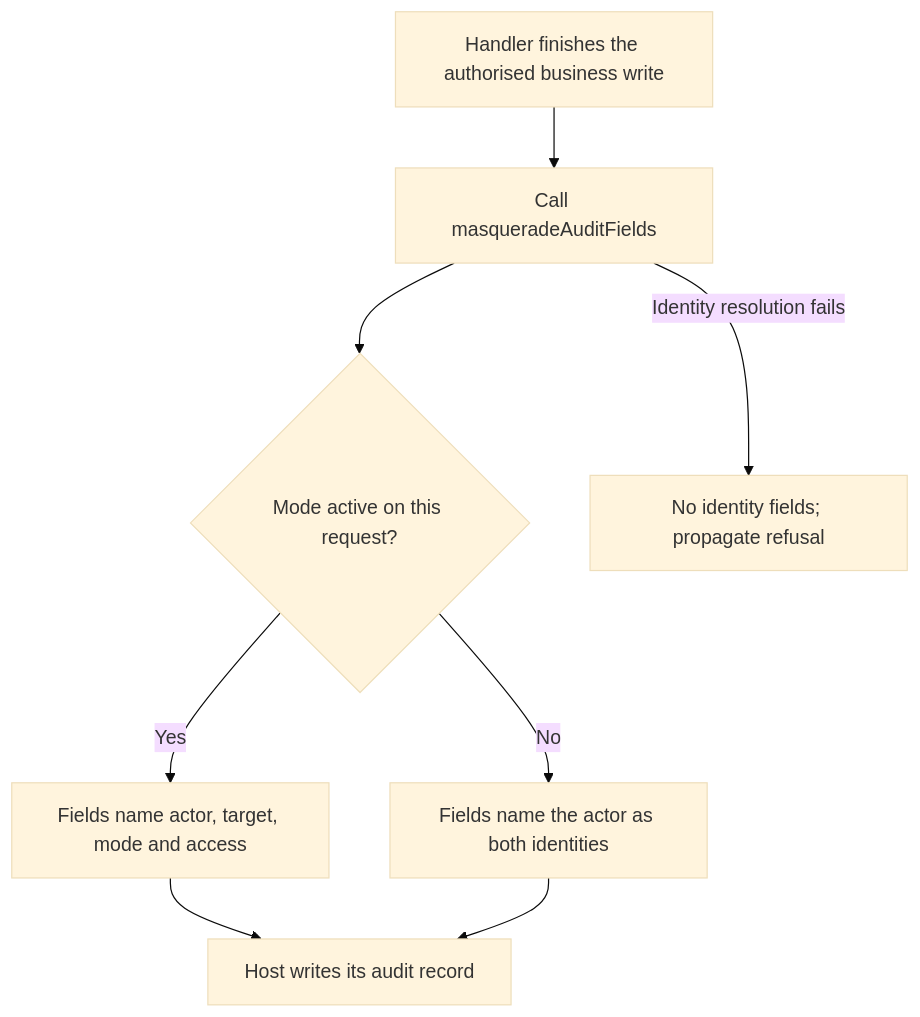
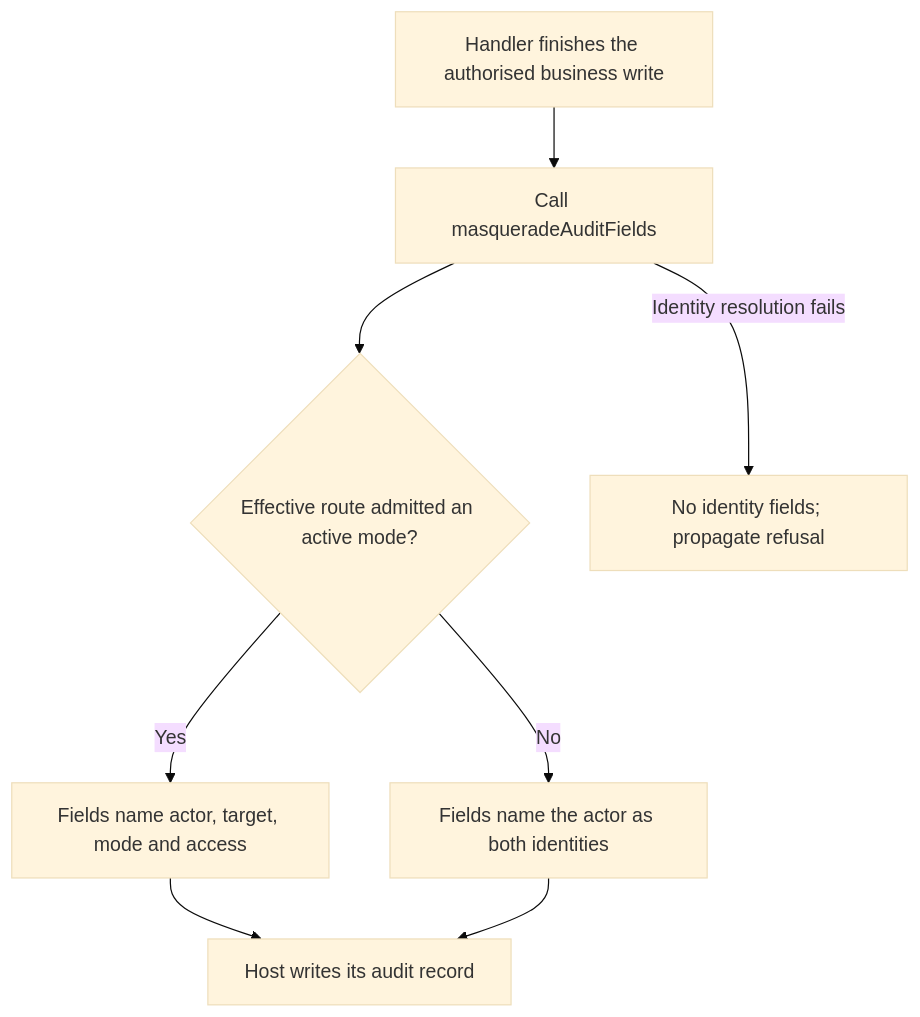
Before and after one commit to Kevinjohn/oss-adonisjs-masquerade: the first of 2 diagrams in user-stories/audit-business-work/us-audit-01-attach-audit-fields.md, drawn with Mermaid (base theme). The commit also changed 14 other files, not shown here.

````diff
--- a/user-stories/audit-business-work/us-audit-01-attach-audit-fields.md
+++ b/user-stories/audit-business-work/us-audit-01-attach-audit-fields.md
@@ -22,10 +22,10 @@
 ```mermaid
 flowchart TD
     A["Handler finishes the authorised business write"] --> B["Call masqueradeAuditFields"]
-    B --> C{"Mode active on this request?"}
+    B --> C{"Effective route admitted an active mode?"}
     C -->|Yes| D["Fields name actor, target, mode and access"]
     C -->|No| E["Fields name the actor as both identities"]
     B -->|Identity resolution fails| X["No identity fields; propagate refusal"]
     D --> F["Host writes its audit record"]
     E --> F
 ```
````
